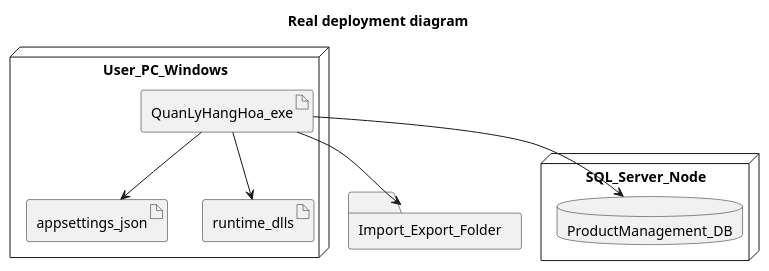
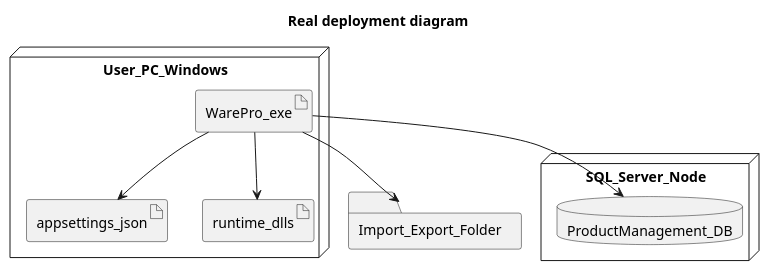
Before and after one commit to TheGiver262/WarePro: the diagram in Diagram/plantuml/Deployment_HeThong.puml, drawn with PlantUML. The commit also changed 30 other files, not shown here.

First line of the commit message:
fix(app): align WarePro identity and startup

```diff
--- a/Diagram/plantuml/Deployment_HeThong.puml
+++ b/Diagram/plantuml/Deployment_HeThong.puml
@@ -1,16 +1,16 @@
 @startuml Deployment_HeThong
 title Real deployment diagram
 node User_PC_Windows {
-  artifact QuanLyHangHoa_exe as Exe
+  artifact WarePro_exe as Exe
   artifact appsettings_json as Config
   artifact runtime_dlls as Dlls
 }
 node SQL_Server_Node {
   database ProductManagement_DB as Db
 }
 folder Import_Export_Folder as Files
 Exe --> Config
 Exe --> Dlls
 Exe --> Db
 Exe --> Files
 @enduml
```
